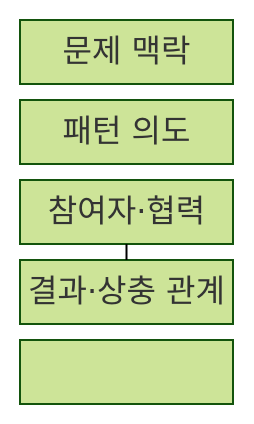
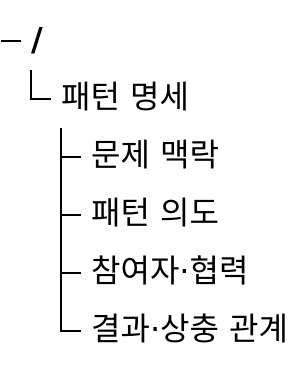
The first of 2 diagrams in src/content/docs/notes/03-software/047_design_patterns_gof.md (agnusdei1207/knowledge-base), drawn with Mermaid (forest theme) before and after one commit. The commit also changed other lines of this file and 20 other files, not shown here.

````diff
--- a/src/content/docs/notes/03-software/047_design_patterns_gof.md
+++ b/src/content/docs/notes/03-software/047_design_patterns_gof.md
@@ -60,10 +60,8 @@
 ```mermaid
-block-beta
-  columns 1
-  P["문제 맥락"]
-  I["패턴 의도"]
-  R["참여자·협력"]
-  T["결과·상충 관계"]
-  P --- I --- R
-  R --- T
+treeView-beta
+  "패턴 명세"
+    "문제 맥락"
+    "패턴 의도"
+    "참여자·협력"
+    "결과·상충 관계"
 ```
````
